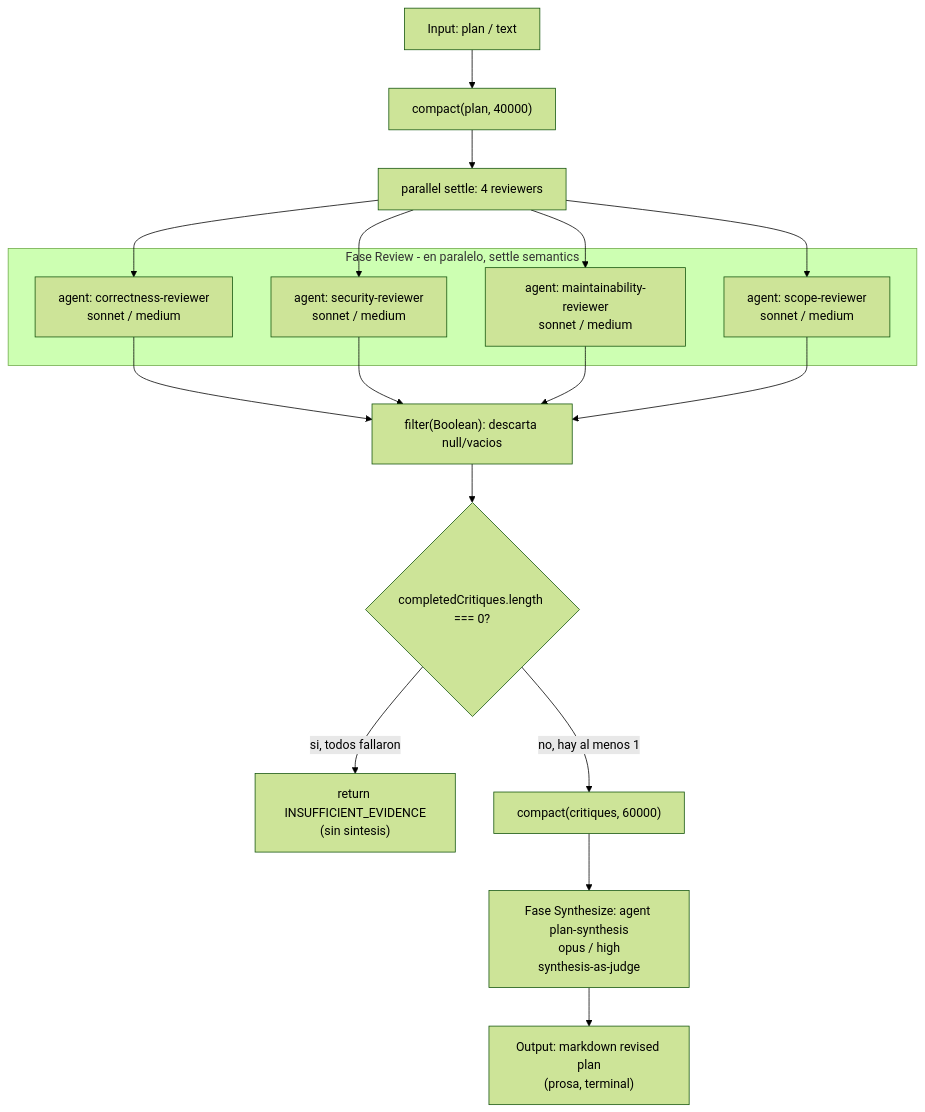
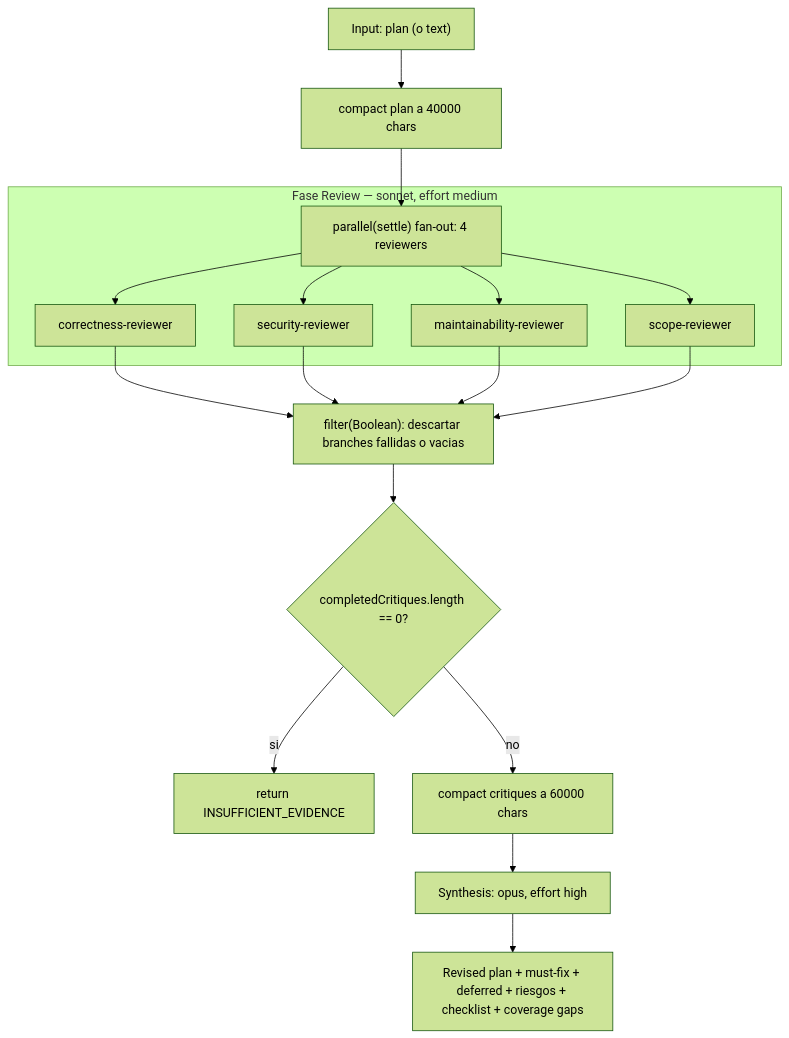
Before and after one commit to andrestobelem/pandi-extensions: the diagram in docs/scaffolds/adversarial-plan-review.md, drawn with Mermaid (forest theme). The commit also changed other lines of this file and 43 other files, not shown here.

````diff
--- a/docs/scaffolds/adversarial-plan-review.md
+++ b/docs/scaffolds/adversarial-plan-review.md
@@ -20,28 +32,23 @@
 ```mermaid
 flowchart TD
-    Input["Input: plan / text"] --> Bound["compact(plan, 40000)"]
-    Bound --> Fanout["parallel settle: 4 reviewers"]
+    A["Input: plan (o text)"] --> B["compact plan a 40000 chars"]
+    B --> C["parallel(settle) fan-out: 4 reviewers"]
 
-    subgraph Review["Fase Review - en paralelo, settle semantics"]
-        R1["agent: correctness-reviewer<br/>sonnet / medium"]
-        R2["agent: security-reviewer<br/>sonnet / medium"]
-        R3["agent: maintainability-reviewer<br/>sonnet / medium"]
-        R4["agent: scope-reviewer<br/>sonnet / medium"]
+    subgraph Review["Fase Review — sonnet, effort medium"]
+        C --> R1["correctness-reviewer"]
+        C --> R2["security-reviewer"]
+        C --> R3["maintainability-reviewer"]
+        C --> R4["scope-reviewer"]
     end
 
-    Fanout --> R1
-    Fanout --> R2
-    Fanout --> R3
-    Fanout --> R4
+    R1 --> D["filter(Boolean): descartar branches fallidas o vacias"]
+    R2 --> D
+    R3 --> D
+    R4 --> D
 
-    R1 --> Filter["filter(Boolean): descarta null/vacios"]
-    R2 --> Filter
-    R3 --> Filter
-    R4 --> Filter
-
-    Filter --> Gate{"completedCritiques.length === 0?"}
-    Gate -- "si, todos fallaron" --> Insufficient["return INSUFFICIENT_EVIDENCE<br/>(sin sintesis)"]
-    Gate -- "no, hay al menos 1" --> Compact2["compact(critiques, 60000)"]
-    Compact2 --> Synth["Fase Synthesize: agent plan-synthesis<br/>opus / high<br/>synthesis-as-judge"]
-    Synth --> Output["Output: markdown revised plan<br/>(prosa, terminal)"]
+    D --> E{"completedCritiques.length == 0?"}
+    E -->|si| F["return INSUFFICIENT_EVIDENCE"]
+    E -->|no| G["compact critiques a 60000 chars"]
+    G --> H["Synthesis: opus, effort high"]
+    H --> I["Revised plan + must-fix + deferred + riesgos + checklist + coverage gaps"]
 ```
````
